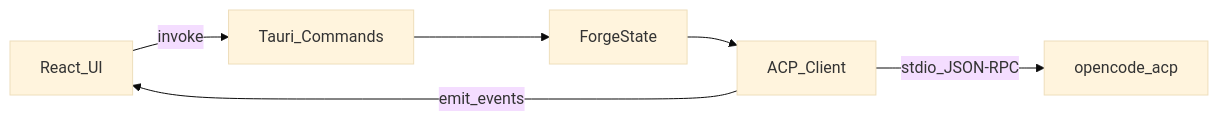
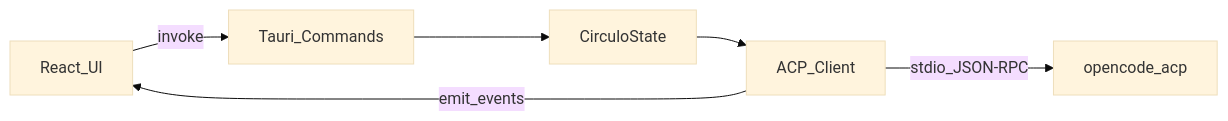
Before and after one commit to soycanopa/circulo: the diagram in docs/ARCHITECTURE.md, drawn with Mermaid (base theme). The commit also changed other lines of this file and 27 other files, not shown here.

First line of the commit message:
chore: rebrand Forge to Circulo

````diff
--- a/docs/ARCHITECTURE.md
+++ b/docs/ARCHITECTURE.md
@@ -7,8 +7,8 @@
 ```mermaid
 flowchart LR
   UI[React_UI] -->|invoke| CMD[Tauri_Commands]
-  CMD --> STATE[ForgeState]
+  CMD --> STATE[CirculoState]
   STATE --> ACP[ACP_Client]
   ACP -->|stdio_JSON-RPC| OC[opencode_acp]
   ACP -->|emit_events| UI
 ```
````
